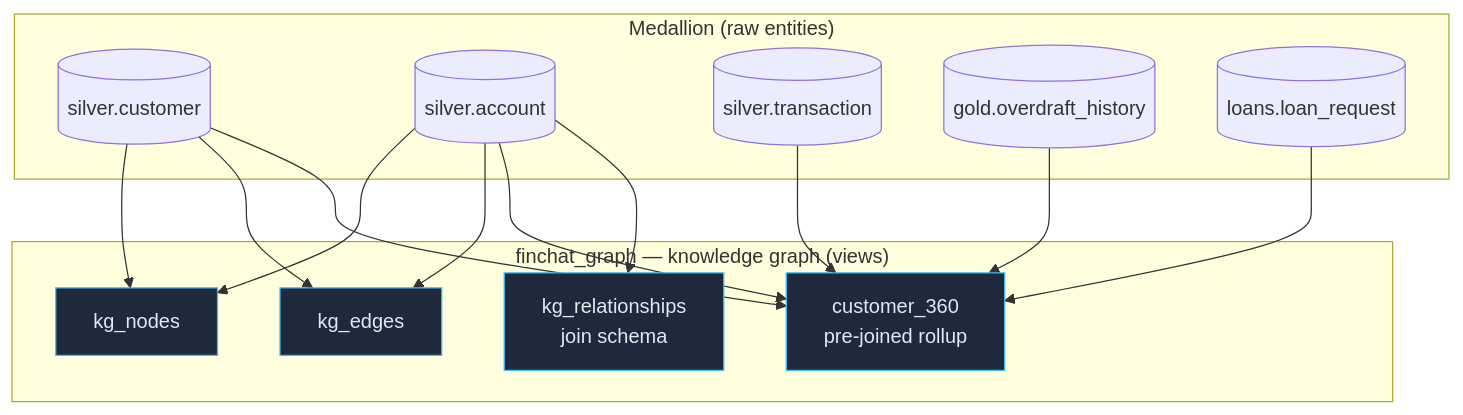
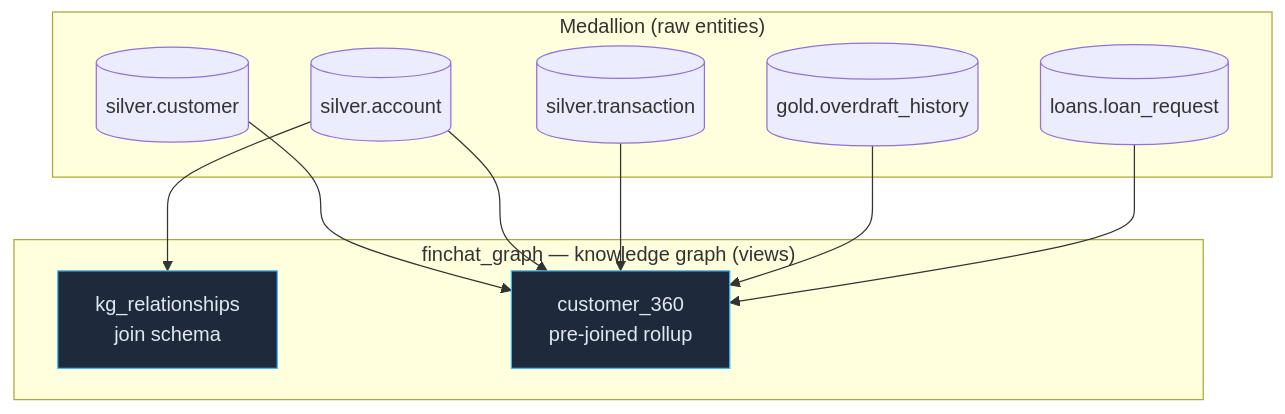
One commit to jeremydegardeyn/finchat changed the second of 3 diagrams in docs/14-knowledge-graph.md. Above: the diagram before and after it, drawn with Mermaid. The commit also changed other lines of this file and 5 other files, not shown here.

First line of the commit message:
Prune redundant kg_nodes/kg_edges views (superseded by banking_graph)

````diff
--- a/docs/14-knowledge-graph.md
+++ b/docs/14-knowledge-graph.md
@@ -81,21 +84,18 @@
 ```mermaid
 flowchart TB
   subgraph raw["Medallion (raw entities)"]
     cu[(silver.customer)]
     ac[(silver.account)]
     tx[(silver.transaction)]
     od[(gold.overdraft_history)]
     ln[(loans.loan_request)]
   end
   subgraph kg["finchat_graph — knowledge graph (views)"]
     REL[kg_relationships<br/>join schema]
-    NOD[kg_nodes]
-    EDG[kg_edges]
     C360[customer_360<br/>pre-joined rollup]
   end
-  cu & ac --> NOD & EDG
   cu & ac & tx & od & ln --> C360
   ac --> REL
   classDef b fill:#1e293b,stroke:#38bdf8,color:#e2e8f0;
-  class REL,NOD,EDG,C360 b;
+  class REL,C360 b;
 ```
````
